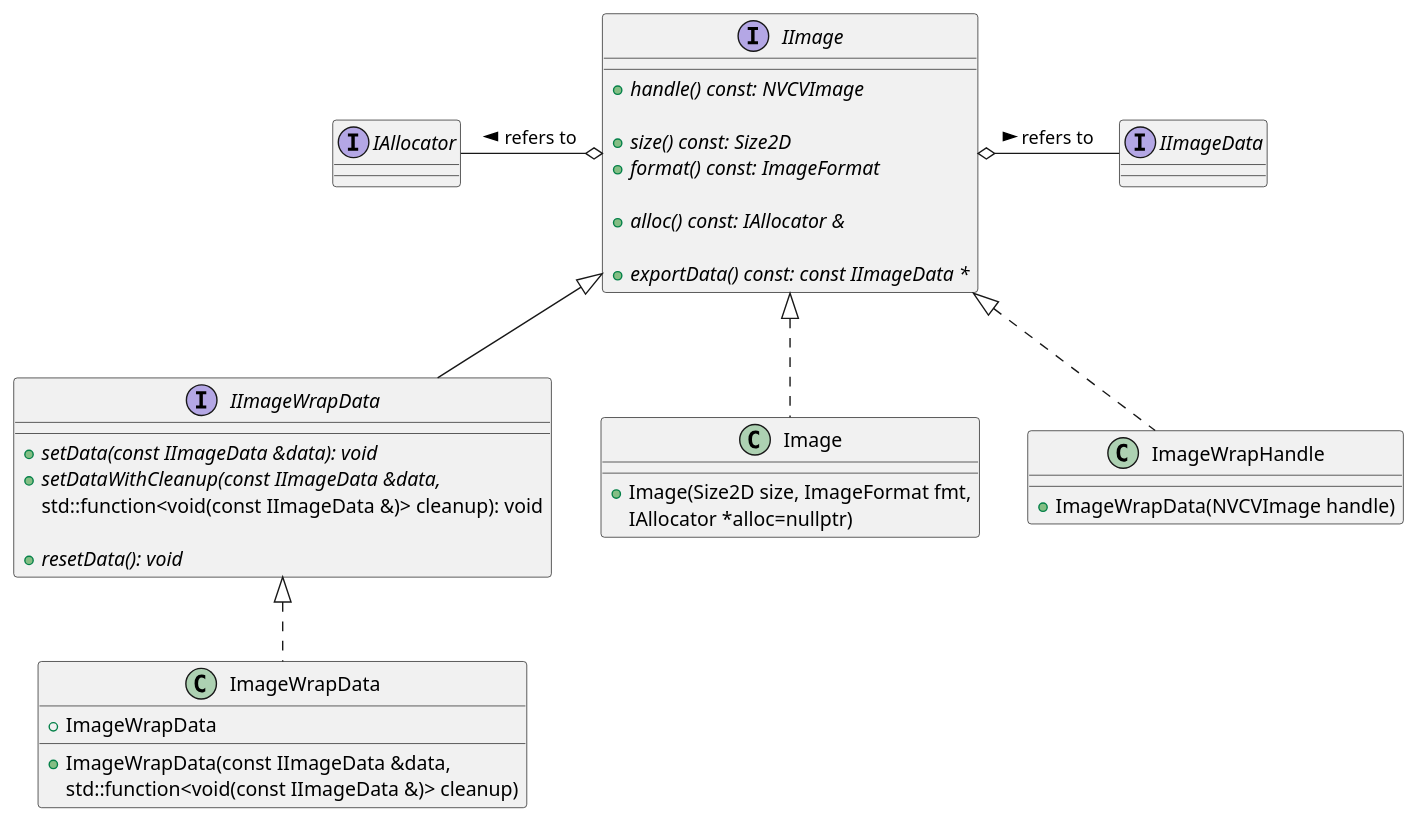
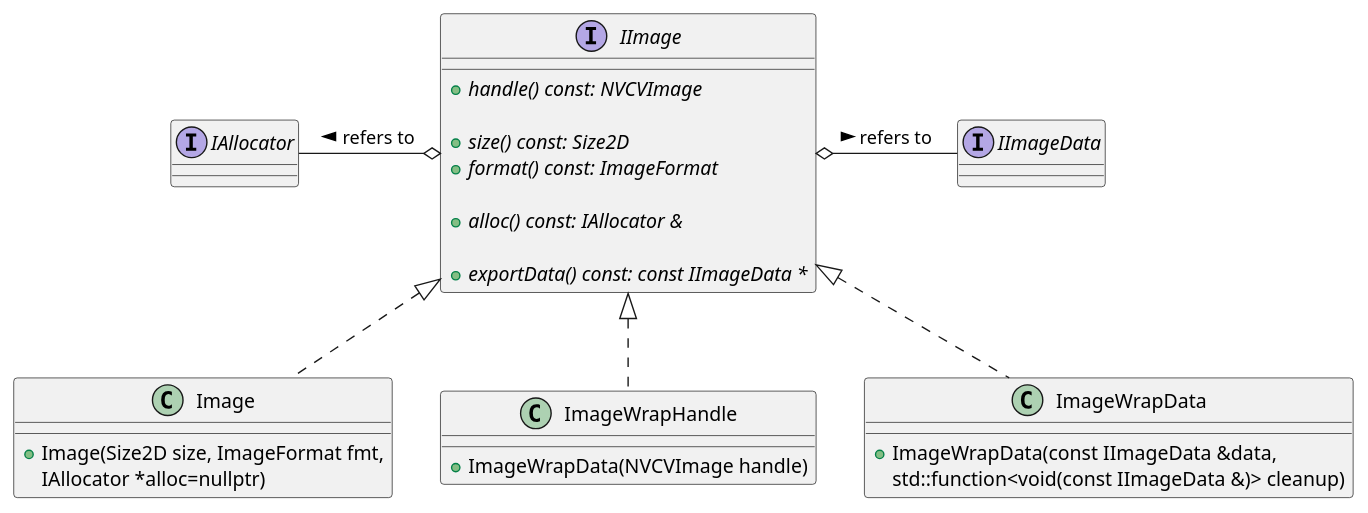
Before and after one commit to JanuszL/CV-CUDA: the diagram in docs/design/image_classes.puml, drawn with PlantUML. The commit also changed 1 other file, not shown here.

Commit message:
docs(image): update class diagrams with what's implemented
CVCUDA-212

```diff
--- a/docs/design/image_classes.puml
+++ b/docs/design/image_classes.puml
@@ -13,50 +13,39 @@
 @startuml
 
 interface IAllocator
 
 interface IImageData
 
 interface IImage
 {
     + {abstract} handle() const: NVCVImage
 
     + {abstract} size() const: Size2D
     + {abstract} format() const: ImageFormat
 
     + {abstract} alloc() const: IAllocator &
 
     + {abstract} exportData() const: const IImageData *
 }
 
 IAllocator -right-o IImage: refers to <
 IImageData -left-o IImage: refers to <
 
-interface IImageWrapData extends IImage
-{
-    + {abstract} setData(const IImageData &data): void
-    + {abstract} setDataWithCleanup(const IImageData &data,
-                                    std::function<void(const IImageData &)> cleanup): void
-
-    + {abstract} resetData(): void
-}
-
-
 class Image implements IImage
 {
     + Image(Size2D size, ImageFormat fmt,
             IAllocator *alloc=nullptr)
 }
 
 class ImageWrapHandle implements IImage
 {
     + ImageWrapData(NVCVImage handle)
 }
 
-class ImageWrapData implements IImageWrapData
+class ImageWrapData implements IImage
 {
-    + ImageWrapData
     + ImageWrapData(const IImageData &data,
                     std::function<void(const IImageData &)> cleanup)
 }
 
 @enduml
```
